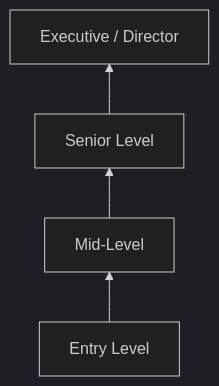
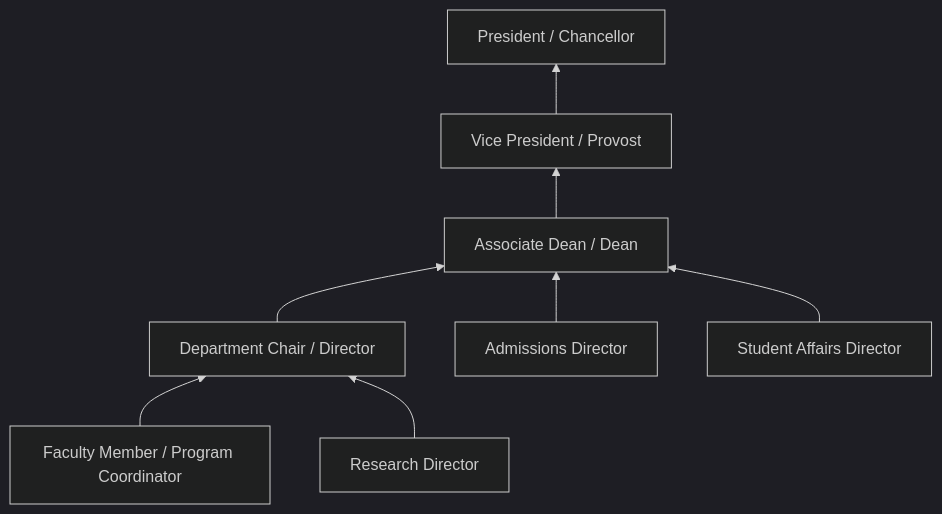
Before and after one commit to kziemski/business.org.ai: the third of 4 diagrams in occupations/Management/EducationAdministratorsPostsecondary.mdx, drawn with Mermaid (dark theme). The commit also changed other lines of this file and 938 other files, not shown here.

````diff
--- a/occupations/Management/EducationAdministratorsPostsecondary.mdx
+++ b/occupations/Management/EducationAdministratorsPostsecondary.mdx
@@ -115,6 +118,11 @@
 ```mermaid
 graph BT
-    Entry["Entry Level"] --> Mid["Mid-Level"]
-    Mid --> Senior["Senior Level"]
-    Senior --> Executive["Executive / Director"]
+    Entry["Faculty Member / Program Coordinator"] --> Mid["Department Chair / Director"]
+    Mid --> Senior["Associate Dean / Dean"]
+    Senior --> VP["Vice President / Provost"]
+    VP --> Executive["President / Chancellor"]
+
+    Alt1["Admissions Director"] --> Senior
+    Alt2["Student Affairs Director"] --> Senior
+    Alt3["Research Director"] --> Mid
 ```
````
